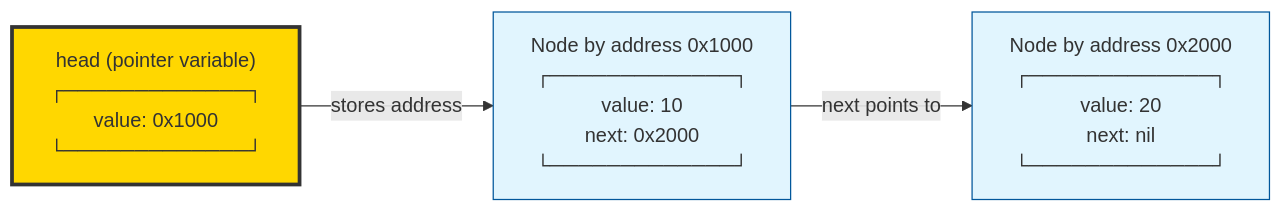
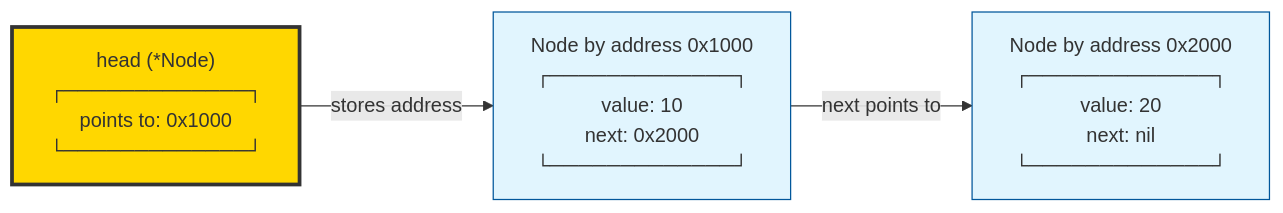
One commit to Pekhov14/gopherstruct changed the diagram in linkedlist/README.md. Above: the diagram before and after it, drawn with Mermaid.

Commit message:
Update readme for LL

````diff
--- a/linkedlist/README.md
+++ b/linkedlist/README.md
@@ -27,29 +27,29 @@
 ```mermaid
 graph LR
-    head["head (pointer variable)
+    head["head (*Node)
       ┌─────────────┐ 
-       value: 0x1000 
+       points to: 0x1000 
       └─────────────┘
     "]
     
     node1["Node by address 0x1000
       ┌─────────────┐
        value: 10    
        next: 0x2000
       └─────────────┘
     "]
     
     node2["Node by address 0x2000
       ┌─────────────┐
        value: 20    
        next: nil
       └─────────────┘
     "]
     
     head -->|"stores address"| node1
     node1 -->|"next points to"| node2
     
     style head fill:#ffd700,stroke:#333,stroke-width:3px
     style node1 fill:#e1f5fe,stroke:#01579b
     style node2 fill:#e1f5fe,stroke:#01579b
 ```
````
